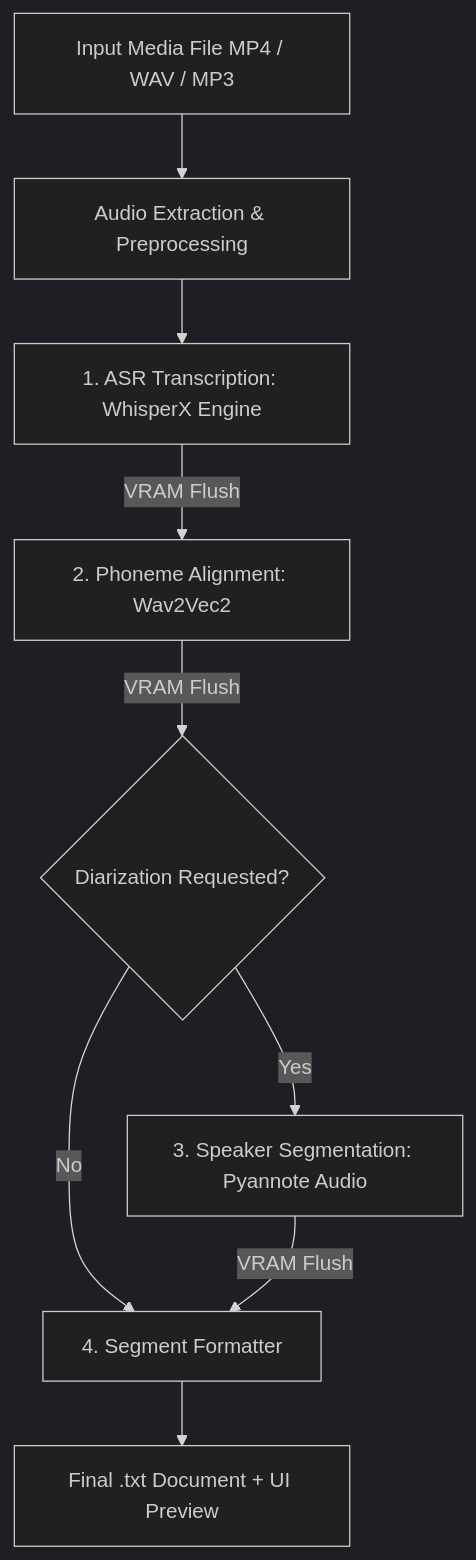
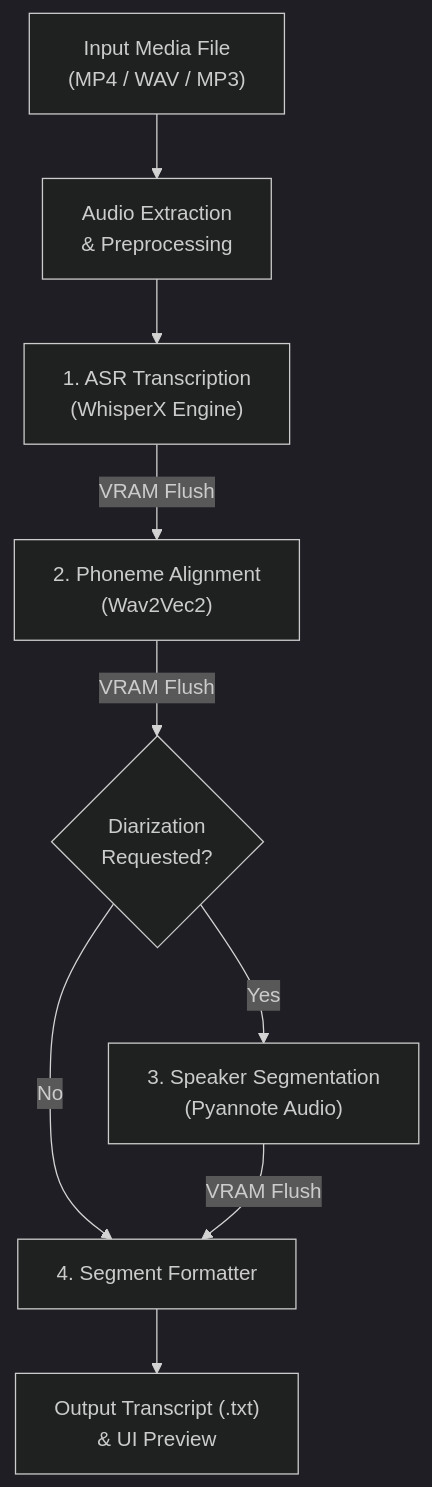
One commit to Klopezxd/whisperx-transcriptor changed the diagram in README.md. Above: the diagram before and after it, drawn with Mermaid (dark theme). The commit also changed 1 other file, not shown here.

Commit message:
docs: fix mermaid diagram text clipping with multi-line quoted labels

````diff
--- a/README.md
+++ b/README.md
@@ -41,11 +41,11 @@
 ```mermaid
 flowchart TD
-    A[Input Media File MP4 / WAV / MP3] --> B[Audio Extraction & Preprocessing]
-    B --> C[1. ASR Transcription: WhisperX Engine]
-    C -->|VRAM Flush| D[2. Phoneme Alignment: Wav2Vec2]
-    D -->|VRAM Flush| E{Diarization Requested?}
-    E -->|Yes| F[3. Speaker Segmentation: Pyannote Audio]
-    E -->|No| G[4. Segment Formatter]
+    A["Input Media File<br>(MP4 / WAV / MP3)"] --> B["Audio Extraction<br>& Preprocessing"]
+    B --> C["1. ASR Transcription<br>(WhisperX Engine)"]
+    C -->|VRAM Flush| D["2. Phoneme Alignment<br>(Wav2Vec2)"]
+    D -->|VRAM Flush| E{"Diarization<br>Requested?"}
+    E -->|Yes| F["3. Speaker Segmentation<br>(Pyannote Audio)"]
+    E -->|No| G["4. Segment Formatter"]
     F -->|VRAM Flush| G
-    G --> H[Final .txt Document + UI Preview]
+    G --> H["Output Transcript (.txt)<br>& UI Preview"]
 ```
````
